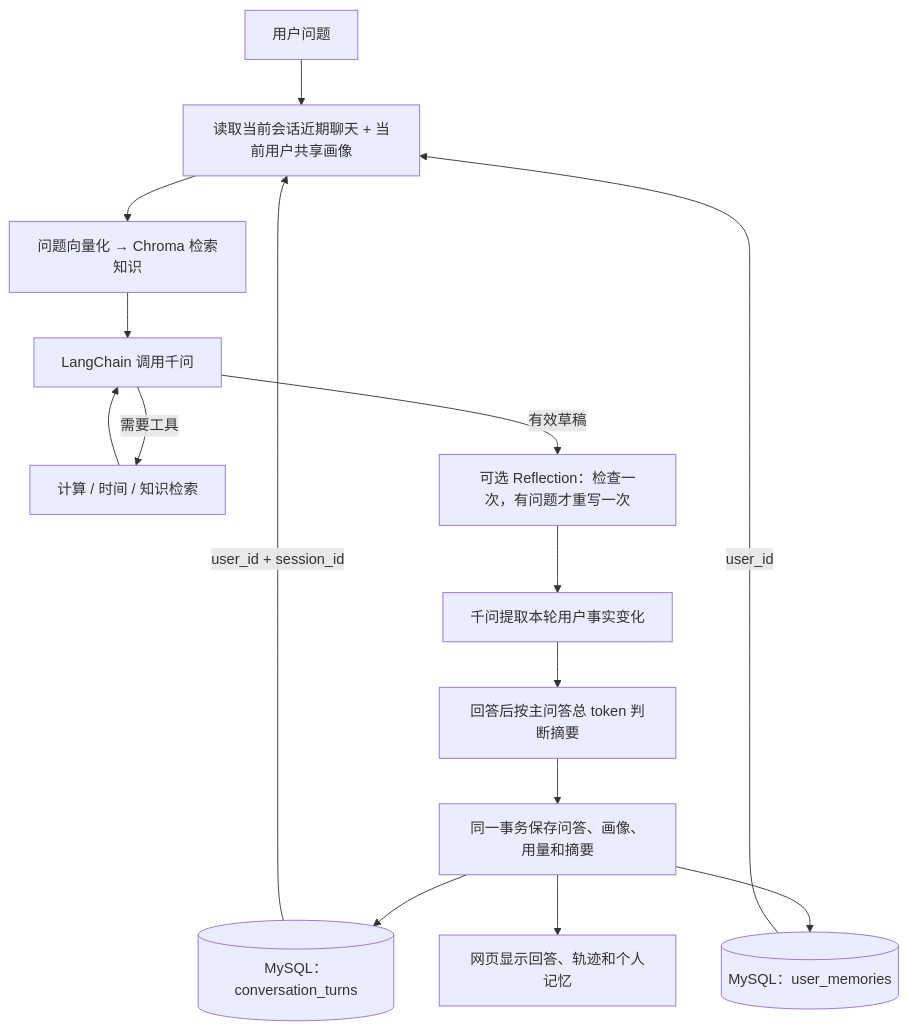
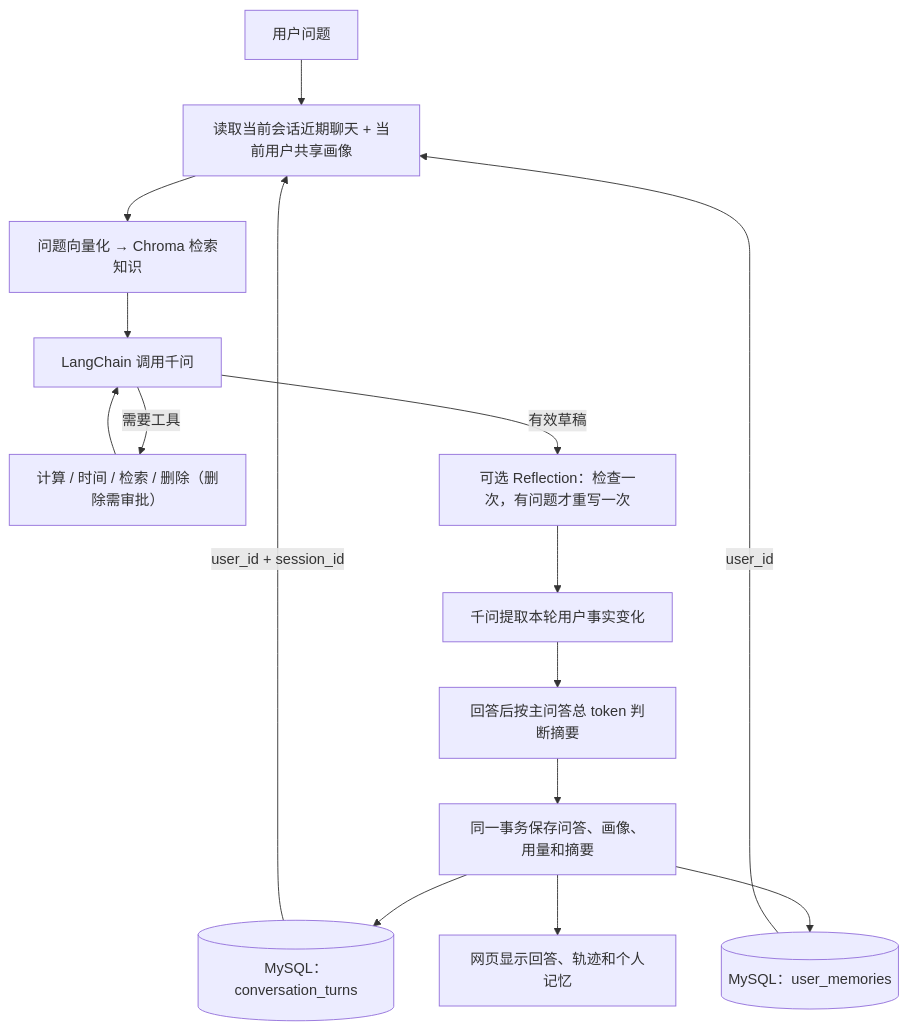
The diagram in 开发文档.md (liushuangxi98/ai-agent-demo-study), drawn with Mermaid before and after one commit. The commit also changed other lines of this file and 25 other files, not shown here.

````diff
--- a/开发文档.md
+++ b/开发文档.md
@@ -99,17 +100,17 @@
 ```mermaid
 flowchart TD
     INPUT["用户问题"] --> LOAD["读取当前会话近期聊天 + 当前用户共享画像"]
     TURNS[("MySQL：conversation_turns")] -->|"user_id + session_id"| LOAD
     PROFILE[("MySQL：user_memories")] -->|"user_id"| LOAD
     LOAD --> RAG["问题向量化 → Chroma 检索知识"]
     RAG --> AGENT["LangChain 调用千问"]
-    AGENT -->|"需要工具"| TOOLS["计算 / 时间 / 知识检索"]
+    AGENT -->|"需要工具"| TOOLS["计算 / 时间 / 检索 / 删除（删除需审批）"]
     TOOLS --> AGENT
     AGENT -->|"有效草稿"| REVIEW["可选 Reflection：检查一次，有问题才重写一次"]
     REVIEW --> EXTRACT["千问提取本轮用户事实变化"]
     EXTRACT --> SUMMARY["回答后按主问答总 token 判断摘要"]
     SUMMARY --> SAVE["同一事务保存问答、画像、用量和摘要"]
     SAVE --> TURNS
     SAVE --> PROFILE
     SAVE --> WEB["网页显示回答、轨迹和个人记忆"]
 ```
````
